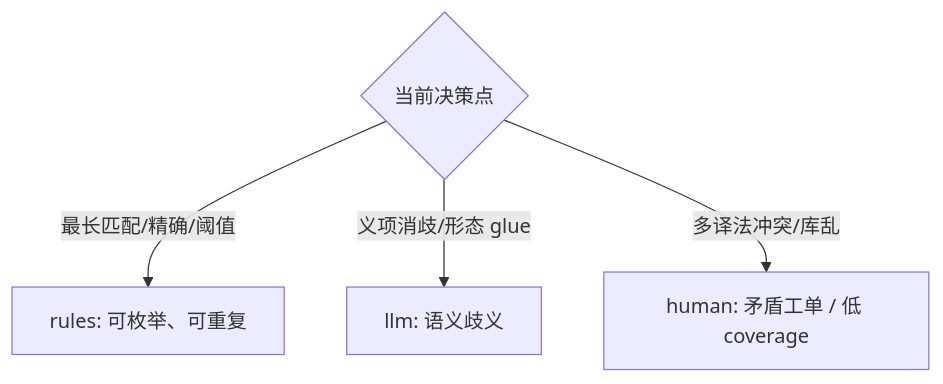
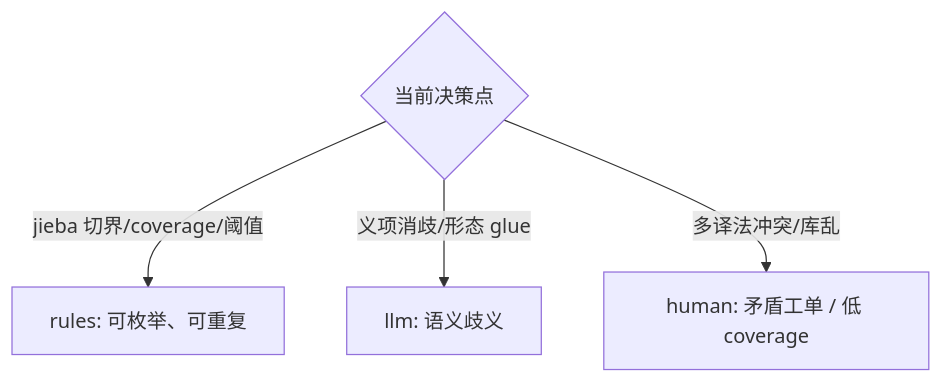
Before and after one commit to deosiree/translationtool: the fourth of 13 diagrams in .cursor/plans/pretranslategraph_阶段二_886a27fa.plan.md, drawn with Mermaid. The commit also changed other lines of this file and 1 other file, not shown here.

First line of the commit message:
docs(plan): 更新路线图 todo 并新增进度快照文档

````diff
--- a/.cursor/plans/pretranslategraph_阶段二_886a27fa.plan.md
+++ b/.cursor/plans/pretranslategraph_阶段二_886a27fa.plan.md
@@ -209,10 +232,10 @@
 ```mermaid
 flowchart TD
   Q{"当前决策点"}
   R["rules: 可枚举、可重复"]
   L["llm: 语义歧义"]
   H["human: 矛盾工单 / 低 coverage"]
-  Q -->|"最长匹配/精确/阈值"| R
+  Q -->|"jieba 切界/coverage/阈值"| R
   Q -->|"义项消歧/形态 glue"| L
   Q -->|"多译法冲突/库乱"| H
 ```
````
